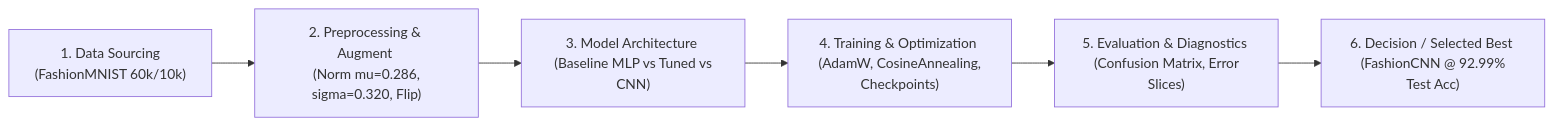
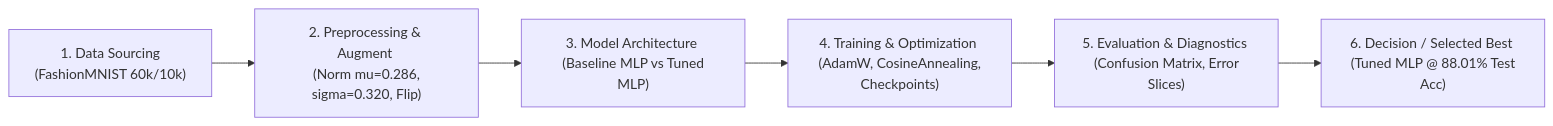
Before and after one commit to lacthui06/Lab-DL: the diagram in labs/lab01/walkthrough_lab_01.md, drawn with Mermaid. The commit also changed other lines of this file and 14 other files, not shown here.

Commit message:
refactor(lab01): remove FashionCNN and retarget optimizer sweep to TunedMLP

````diff
--- a/labs/lab01/walkthrough_lab_01.md
+++ b/labs/lab01/walkthrough_lab_01.md
@@ -30,8 +30,8 @@
 ```mermaid
 graph LR
     A["1. Data Sourcing <br> (FashionMNIST 60k/10k)"] --> B["2. Preprocessing & Augment <br> (Norm mu=0.286, sigma=0.320, Flip)"]
-    B --> C["3. Model Architecture <br> (Baseline MLP vs Tuned vs CNN)"]
+    B --> C["3. Model Architecture <br> (Baseline MLP vs Tuned MLP)"]
     C --> D["4. Training & Optimization <br> (AdamW, CosineAnnealing, Checkpoints)"]
     D --> E["5. Evaluation & Diagnostics <br> (Confusion Matrix, Error Slices)"]
-    E --> F["6. Decision / Selected Best <br> (FashionCNN @ 92.99% Test Acc)"]
+    E --> F["6. Decision / Selected Best <br> (Tuned MLP @ 88.01% Test Acc)"]
 ```
````
